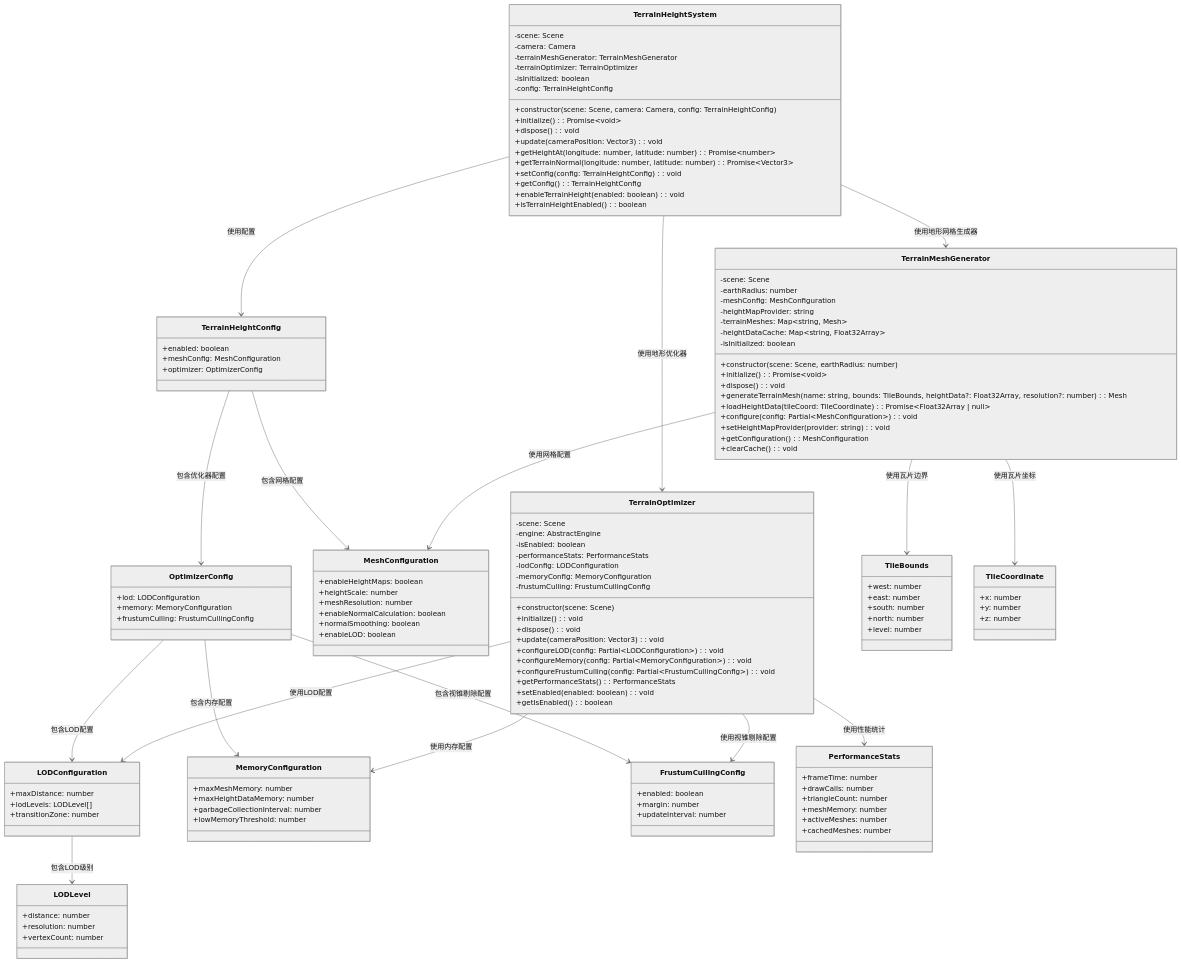
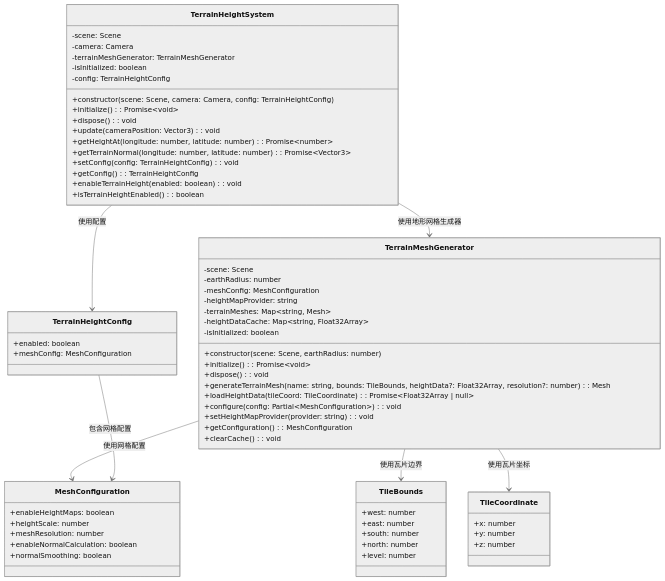
Before and after one commit to Zoranner/openearth: the first of 3 diagrams in docs/技术设计方案/01-详细设计/06-地形高度模块设计.md, drawn with Mermaid (neutral theme). The commit also changed other lines of this file and 10 other files, not shown here.

````diff
--- a/docs/技术设计方案/01-详细设计/06-地形高度模块设计.md
+++ b/docs/技术设计方案/01-详细设计/06-地形高度模块设计.md
@@ -23,7 +22,6 @@
         -scene: Scene
         -camera: Camera
         -terrainMeshGenerator: TerrainMeshGenerator
-        -terrainOptimizer: TerrainOptimizer
         -isInitialized: boolean
         -config: TerrainHeightConfig
         +constructor(scene: Scene, camera: Camera, config: TerrainHeightConfig)
@@ -37,7 +35,7 @@
         +enableTerrainHeight(enabled: boolean): void
         +isTerrainHeightEnabled(): boolean
     }
-    
+
     class TerrainMeshGenerator {
         -scene: Scene
         -earthRadius: number
@@ -56,82 +54,20 @@
         +getConfiguration(): MeshConfiguration
         +clearCache(): void
     }
-    
-    class TerrainOptimizer {
-        -scene: Scene
-        -engine: AbstractEngine
-        -isEnabled: boolean
-        -performanceStats: PerformanceStats
-        -lodConfig: LODConfiguration
-        -memoryConfig: MemoryConfiguration
-        -frustumCulling: FrustumCullingConfig
-        +constructor(scene: Scene)
-        +initialize(): void
-        +dispose(): void
-        +update(cameraPosition: Vector3): void
-        +configureLOD(config: Partial~LODConfiguration~): void
-        +configureMemory(config: Partial~MemoryConfiguration~): void
-        +configureFrustumCulling(config: Partial~FrustumCullingConfig~): void
-        +getPerformanceStats(): PerformanceStats
-        +setEnabled(enabled: boolean): void
-        +getIsEnabled(): boolean
-    }
-    
+
     class MeshConfiguration {
         +enableHeightMaps: boolean
         +heightScale: number
         +meshResolution: number
         +enableNormalCalculation: boolean
         +normalSmoothing: boolean
-        +enableLOD: boolean
     }
-    
-    class LODConfiguration {
-        +maxDistance: number
-        +lodLevels: LODLevel[]
-        +transitionZone: number
-    }
-    
-    class LODLevel {
-        +distance: number
-        +resolution: number
-        +vertexCount: number
-    }
-    
-    class MemoryConfiguration {
-        +maxMeshMemory: number
-        +maxHeightDataMemory: number
-        +garbageCollectionInterval: number
-        +lowMemoryThreshold: number
-    }
-    
-    class FrustumCullingConfig {
-        +enabled: boolean
-        +margin: number
-        +updateInterval: number
-    }
-    
-    class PerformanceStats {
-        +frameTime: number
-        +drawCalls: number
-        +triangleCount: number
-        +meshMemory: number
-        +activeMeshes: number
-        +cachedMeshes: number
-    }
-    
+
     class TerrainHeightConfig {
         +enabled: boolean
         +meshConfig: MeshConfiguration
-        +optimizer: OptimizerConfig
     }
-    
-    class OptimizerConfig {
-        +lod: LODConfiguration
-        +memory: MemoryConfiguration
-        +frustumCulling: FrustumCullingConfig
-    }
-    
+
     class TileBounds {
         +west: number
         +east: number
@@ -139,32 +75,19 @@
         +north: number
         +level: number
     }
-    
+
     class TileCoordinate {
         +x: number
         +y: number
         +z: number
     }
-    
+
     TerrainHeightSystem --> TerrainMeshGenerator : 使用地形网格生成器
-    TerrainHeightSystem --> TerrainOptimizer : 使用地形优化器
     TerrainHeightSystem --> TerrainHeightConfig : 使用配置
-    
+
     TerrainMeshGenerator --> MeshConfiguration : 使用网格配置
     TerrainMeshGenerator --> TileBounds : 使用瓦片边界
     TerrainMeshGenerator --> TileCoordinate : 使用瓦片坐标
-    
-    TerrainOptimizer --> LODConfiguration : 使用LOD配置
-    TerrainOptimizer --> MemoryConfiguration : 使用内存配置
-    TerrainOptimizer --> FrustumCullingConfig : 使用视锥剔除配置
-    TerrainOptimizer --> PerformanceStats : 使用性能统计
-    
-    LODConfiguration --> LODLevel : 包含LOD级别
-    
+
     TerrainHeightConfig --> MeshConfiguration : 包含网格配置
-    TerrainHeightConfig --> OptimizerConfig : 包含优化器配置
-    
-    OptimizerConfig --> LODConfiguration : 包含LOD配置
-    OptimizerConfig --> MemoryConfiguration : 包含内存配置
-    OptimizerConfig --> FrustumCullingConfig : 包含视锥剔除配置
 ```
````
